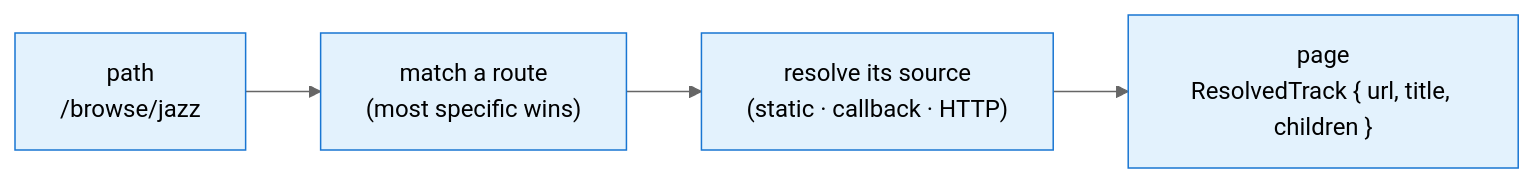
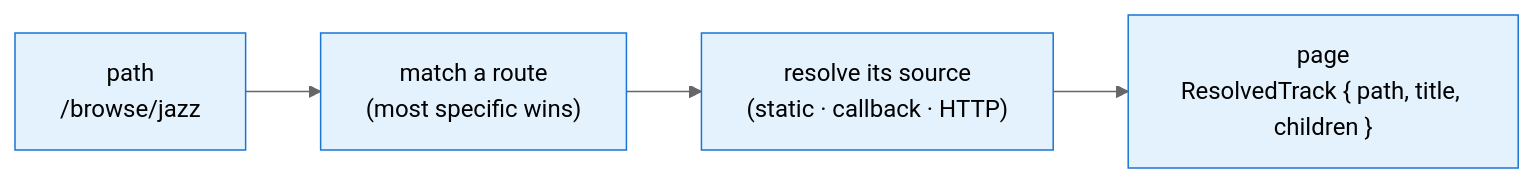
The diagram in website/guide/browser.md (radio-garden/react-native-audio-browser), drawn with Mermaid (neutral theme) before and after one commit. The commit also changed other lines of this file and 100 other files, not shown here.

First line of the commit message:
feat!: rename Track.url to Track.path, albumUrl to albumPath

````diff
--- a/website/guide/browser.md
+++ b/website/guide/browser.md
@@ -52,9 +52,9 @@
 ```mermaid
 graph LR
     P["path<br/>/browse/jazz"] --> M["match a route<br/>(most specific wins)"]
     M --> S["resolve its source<br/>(static · callback · HTTP)"]
-    S --> Page["page<br/>ResolvedTrack { url, title, children }"]
+    S --> Page["page<br/>ResolvedTrack { path, title, children }"]
 
     classDef step fill:#e3f2fd,stroke:#1976d2
     class P,M,S,Page step
 ```
````
